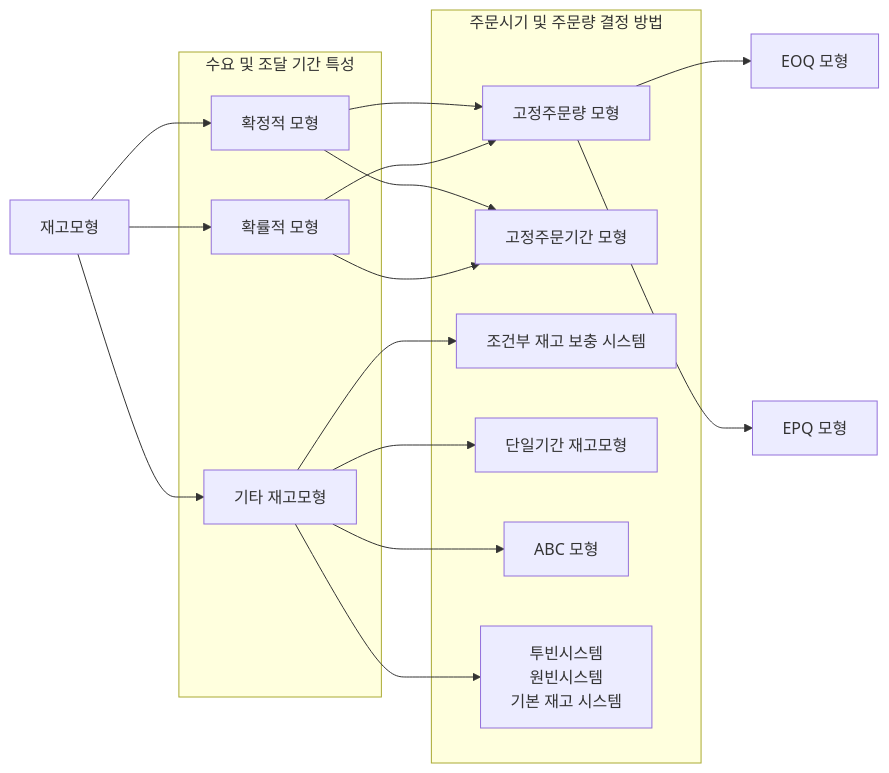
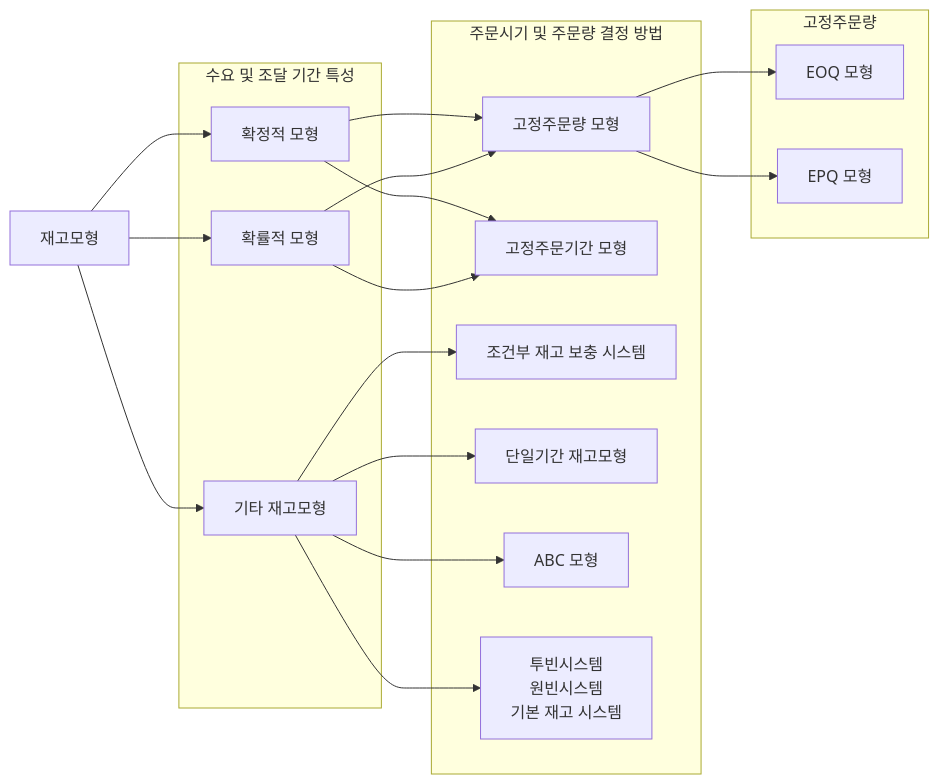
The second of 2 diagrams in 2-4.물류관리(자재 및 재고관리).qmd (yeonkyupark/PEPC), drawn with Mermaid before and after one commit. The commit also changed other lines of this file, not shown here.

````diff
--- a/2-4.물류관리(자재 및 재고관리).qmd
+++ b/2-4.물류관리(자재 및 재고관리).qmd
@@ -86,37 +95,41 @@
 ```{mermaid}
 flowchart LR
 
 0[재고모형]
 11[확정적 모형]
 12[확률적 모형]
 13[기타 재고모형]
 21[고정주문량 모형]
 22[고정주문기간 모형]
 23[조건부 재고 보충 시스템]
 24[단일기간 재고모형]
 25[ABC 모형]
 26["투빈시스템<br>원빈시스템<br>기본 재고 시스템"]
 31[EOQ 모형]
 32[EPQ 모형]
 
 subgraph s1[수요 및 조달 기간 특성]
 11
 12
 13
 end
 
 subgraph s2[주문시기 및 주문량 결정 방법]
 21
 22
 23
 24
 25
 26
 end
 
+subgraph s3[고정주문량]
+31
+32
+end
+
 0 --> 11 & 12 & 13
 11 & 12 --> 21 & 22
 13 --> 23 & 24 & 25 & 26
 21 --> 31 & 32
-
 ```
````
